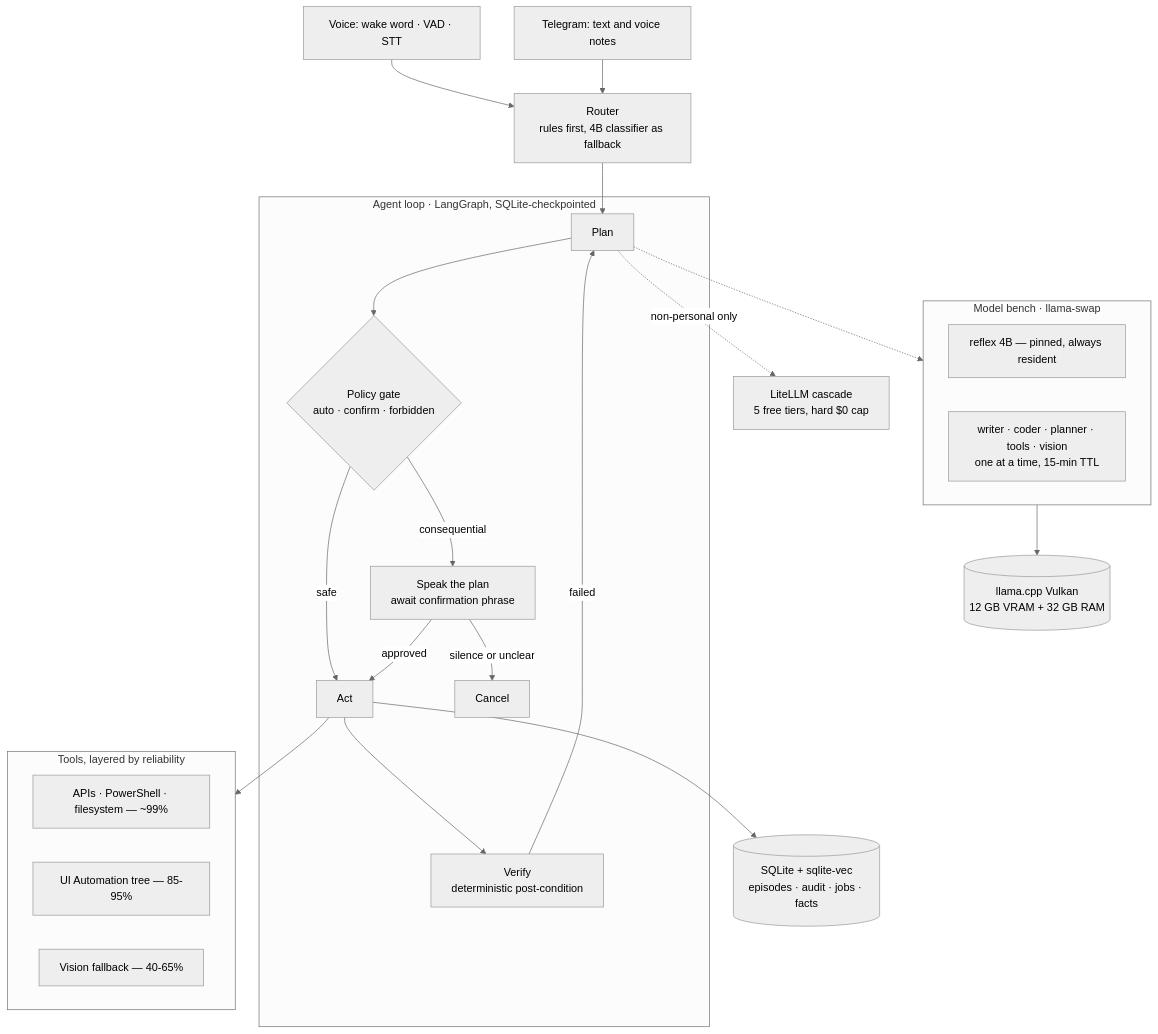
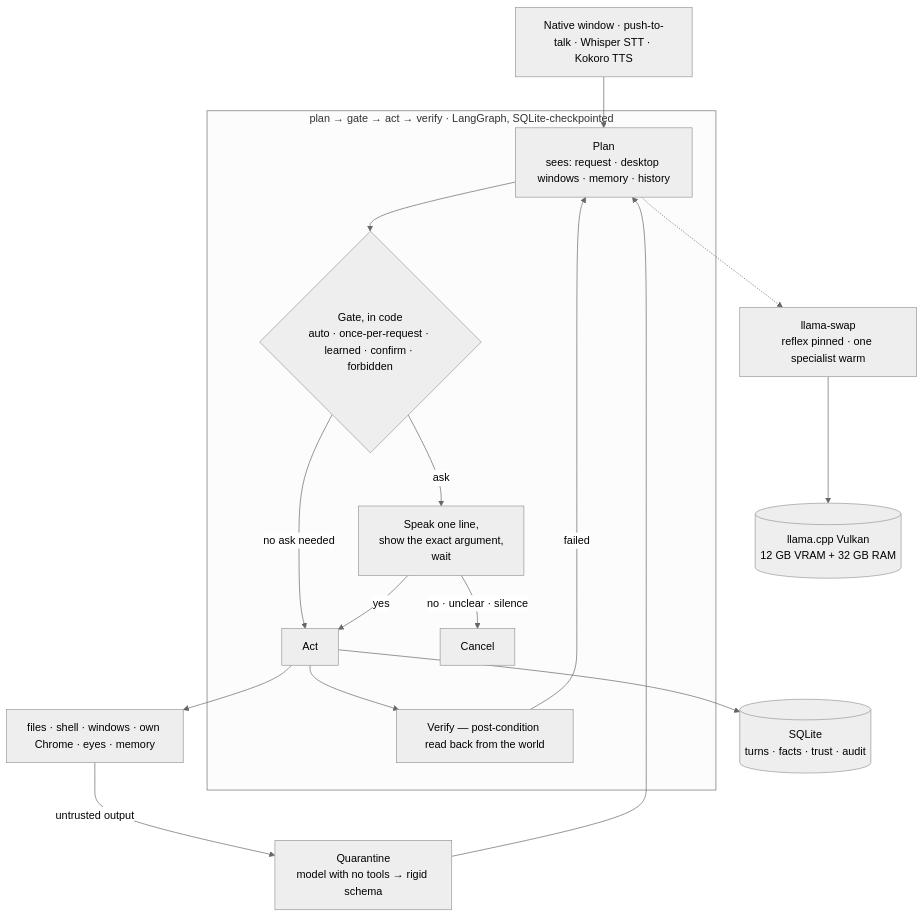
One commit to MuditNautiyal-21/vajren changed the diagram in README.md. Above: the diagram before and after it, drawn with Mermaid (neutral theme). The commit also changed other lines of this file and 9 other files, not shown here.

````diff
--- a/README.md
+++ b/README.md
@@ -66,34 +116,17 @@
 ```mermaid
 flowchart TB
-    V["Voice: wake word · VAD · STT"] --> R
-    T["Telegram: text and voice notes"] --> R
-    R["Router<br/>rules first, 4B classifier as fallback"] --> G
-
-    subgraph LOOP["Agent loop · LangGraph, SQLite-checkpointed"]
-        G["Plan"] --> GATE{"Policy gate<br/>auto · confirm · forbidden"}
-        GATE -->|safe| ACT["Act"]
-        GATE -->|consequential| ASK["Speak the plan<br/>await confirmation phrase"]
-        ASK -->|approved| ACT
-        ASK -->|silence or unclear| STOP["Cancel"]
-        ACT --> VER["Verify<br/>deterministic post-condition"]
-        VER -->|failed| G
+    FACE["Native window · push-to-talk · Whisper STT · Kokoro TTS"] --> PLAN
+    subgraph LOOP["plan → gate → act → verify · LangGraph, SQLite-checkpointed"]
+        PLAN["Plan<br/>sees: request · desktop windows · memory · history"] --> GATE{"Gate, in code<br/>auto · once-per-request · learned · confirm · forbidden"}
+        GATE -->|no ask needed| ACT["Act"]
+        GATE -->|ask| ASK["Speak one line,<br/>show the exact argument,<br/>wait"]
+        ASK -->|yes| ACT
+        ASK -->|no · unclear · silence| STOP["Cancel"]
+        ACT --> VER["Verify — post-condition read back from the world"]
+        VER -->|failed| PLAN
     end
-
-    ACT --> TOOLS
-    subgraph TOOLS["Tools, layered by reliability"]
-        L0["APIs · PowerShell · filesystem — ~99%"]
-        L1["UI Automation tree — 85-95%"]
-        L2["Vision fallback — 40-65%"]
-    end
-
-    G -.-> SWAP
-    subgraph SWAP["Model bench · llama-swap"]
-        HOT["reflex 4B — pinned, always resident"]
-        SPEC["writer · coder · planner · tools · vision<br/>one at a time, 15-min TTL"]
-    end
-
-    SWAP --> LOCAL[("llama.cpp Vulkan<br/>12 GB VRAM + 32 GB RAM")]
-    G -.->|non-personal only| CLOUD["LiteLLM cascade<br/>5 free tiers, hard $0 cap"]
-
-    ACT --> MEM[("SQLite + sqlite-vec<br/>episodes · audit · jobs · facts")]
+    ACT --> TOOLS["files · shell · windows · own Chrome · eyes · memory"]
+    TOOLS -->|untrusted output| Q["Quarantine<br/>model with no tools → rigid schema"] --> PLAN
+    PLAN -.-> SWAP["llama-swap<br/>reflex pinned · one specialist warm"] --> GPU[("llama.cpp Vulkan<br/>12 GB VRAM + 32 GB RAM")]
+    ACT --> MEM[("SQLite<br/>turns · facts · trust · audit")]
 ```
````
